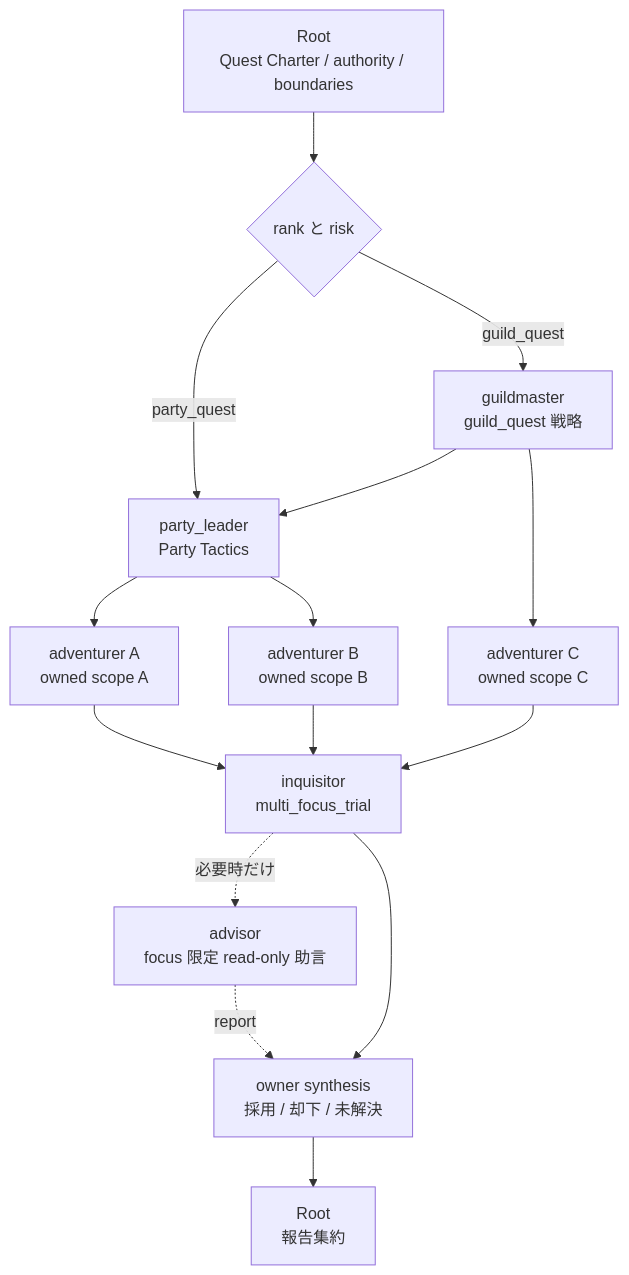
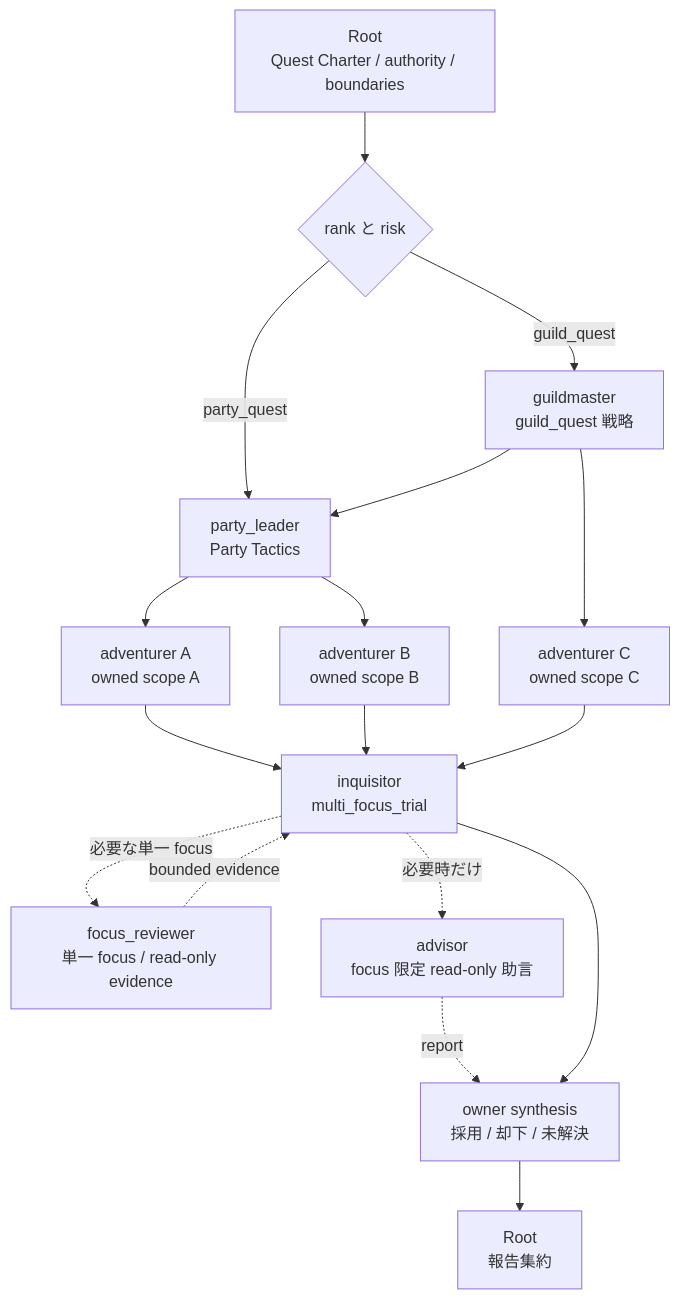
One commit to nir-nmttg/codex-guild-orchestra changed the fifth of 7 diagrams in docs/agent-deployment.md. Above: the diagram before and after it, drawn with Mermaid. The commit also changed other lines of this file and 73 other files, not shown here.

````diff
--- a/docs/agent-deployment.md
+++ b/docs/agent-deployment.md
@@ -170,29 +170,32 @@
 ```mermaid
 flowchart TB
   root["Root\nQuest Charter / authority / boundaries"]
   planner{"rank と risk"}
   party["party_leader\nParty Tactics"]
   guild["guildmaster\nguild_quest 戦略"]
   adv_a["adventurer A\nowned scope A"]
   adv_b["adventurer B\nowned scope B"]
   adv_c["adventurer C\nowned scope C"]
   inq["inquisitor\nmulti_focus_trial"]
+  reviewer["focus_reviewer\n単一 focus / read-only evidence"]
   advisor["advisor\nfocus 限定 read-only 助言"]
   synth["owner synthesis\n採用 / 却下 / 未解決"]
   final["Root\n報告集約"]
 
   root --> planner
   planner -->|party_quest| party
   planner -->|guild_quest| guild
   party --> adv_a
   party --> adv_b
   guild --> party
   guild --> adv_c
   adv_a --> inq
   adv_b --> inq
   adv_c --> inq
+  inq -.->|必要な単一 focus| reviewer
+  reviewer -.->|bounded evidence| inq
   inq -.->|必要時だけ| advisor
   advisor -.->|report| synth
   inq --> synth
   synth --> final
 ```
````
